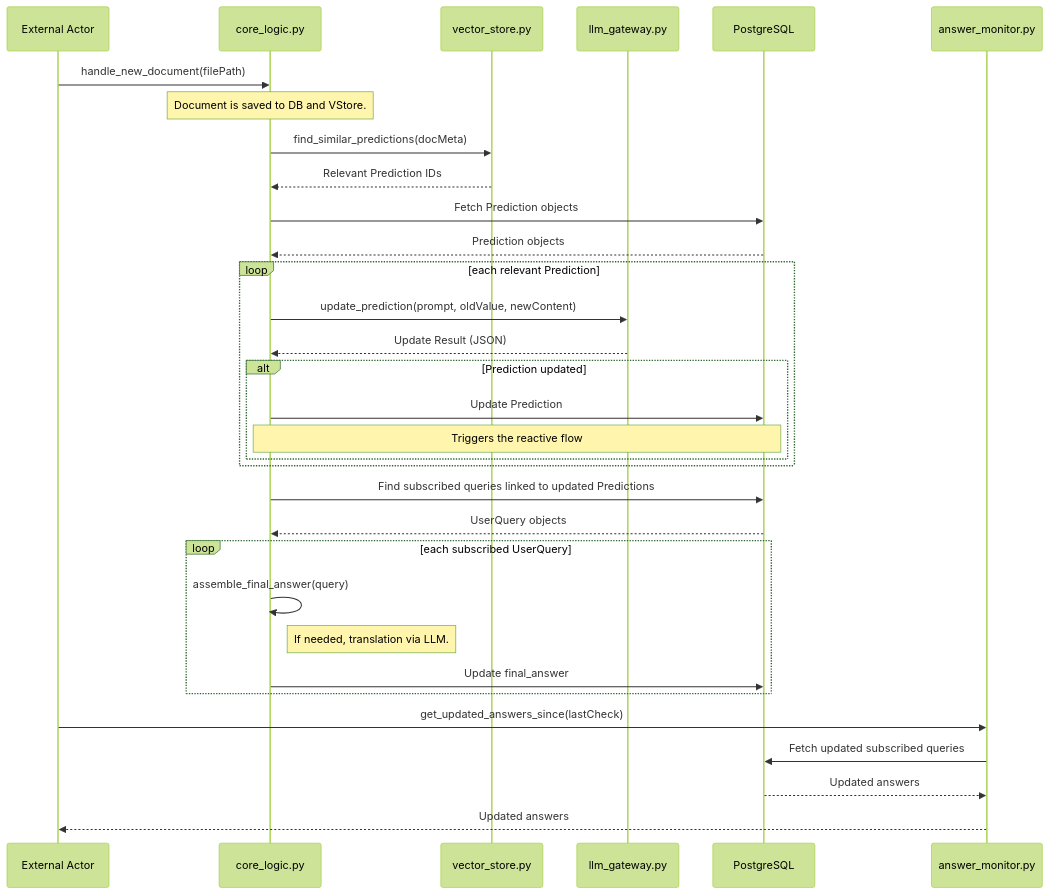
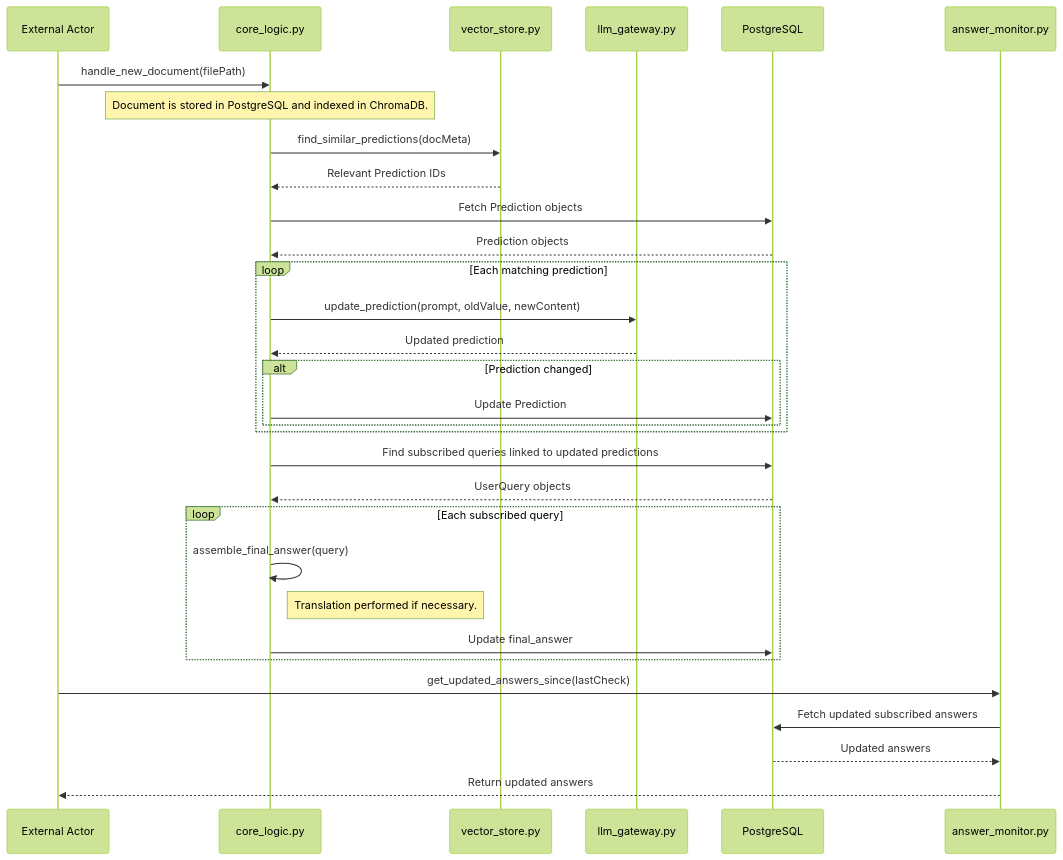
One commit to the-s-developer/proactive changed the second of 2 diagrams in README.md. Above: the diagram before and after it, drawn with Mermaid (forest theme). The commit also changed other lines of this file, not shown here.

````diff
--- a/README.md
+++ b/README.md
@@ -101,39 +142,43 @@
 ```mermaid
- sequenceDiagram
+sequenceDiagram
     participant User as External Actor
     participant Core as core_logic.py
     participant VStore as vector_store.py
     participant LLM as llm_gateway.py
     participant DB as PostgreSQL
     participant Monitor as answer_monitor.py
 
     User->>Core: handle_new_document(filePath)
-    Note over Core: Document is saved to DB and VStore.
+
+    Note over Core: Document is stored in PostgreSQL and indexed in ChromaDB.
+
     Core->>VStore: find_similar_predictions(docMeta)
     VStore-->>Core: Relevant Prediction IDs
+
     Core->>DB: Fetch Prediction objects
     DB-->>Core: Prediction objects
 
-    loop each relevant Prediction
+    loop Each matching prediction
         Core->>LLM: update_prediction(prompt, oldValue, newContent)
-        LLM-->>Core: Update Result (JSON)
-        alt Prediction updated
+        LLM-->>Core: Updated prediction
+
+        alt Prediction changed
             Core->>DB: Update Prediction
-            Note over Core, DB: Triggers the reactive flow
         end
     end
 
-    Core->>DB: Find subscribed queries linked to updated Predictions
+    Core->>DB: Find subscribed queries linked to updated predictions
     DB-->>Core: UserQuery objects
 
-    loop each subscribed UserQuery
+    loop Each subscribed query
         Core->>Core: assemble_final_answer(query)
-        Note right of Core: If needed, translation via LLM.
+        Note right of Core: Translation performed if necessary.
         Core->>DB: Update final_answer
     end
 
     User->>Monitor: get_updated_answers_since(lastCheck)
-    Monitor->>DB: Fetch updated subscribed queries
+
+    Monitor->>DB: Fetch updated subscribed answers
     DB-->>Monitor: Updated answers
-    Monitor-->>User: Updated answers
+    Monitor-->>User: Return updated answers
 ```
````
